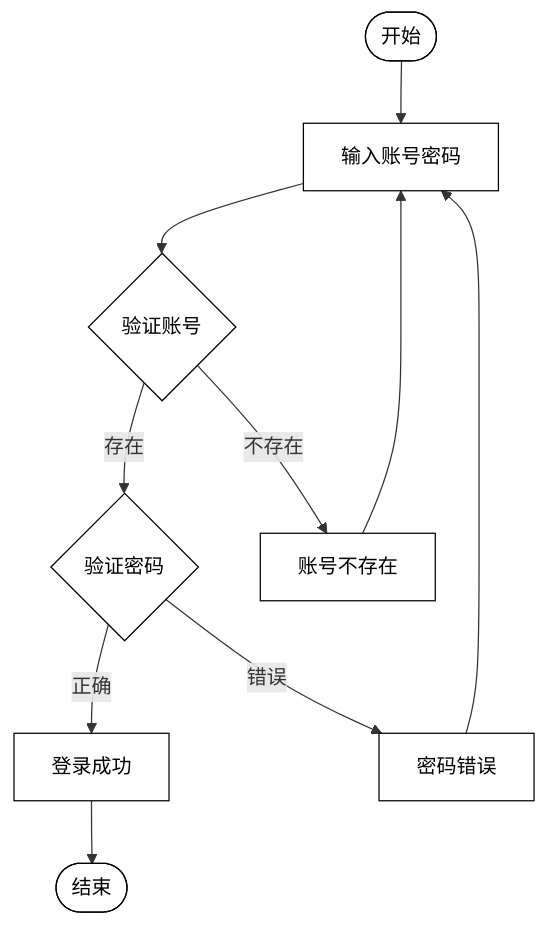
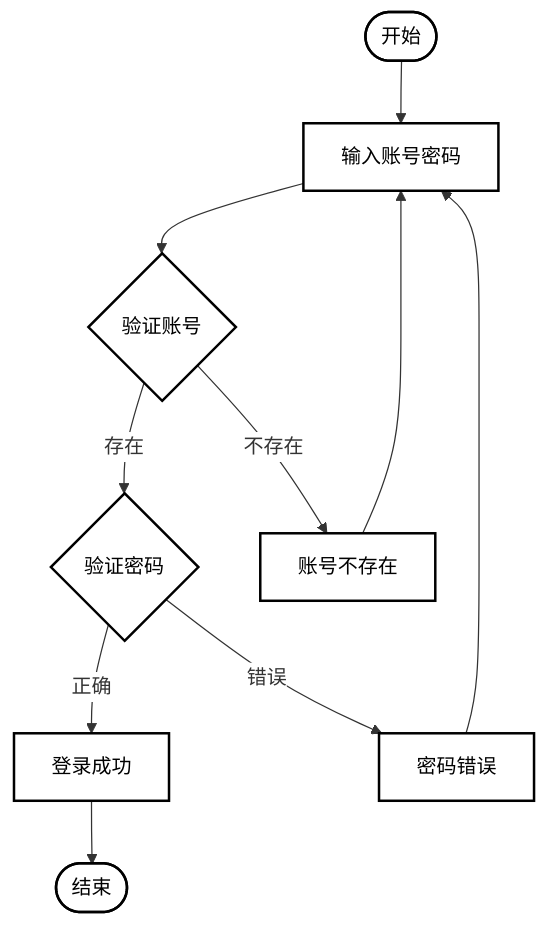
One commit to x-dc-coder/CC-Skills changed the fourth of 6 diagrams in diagram-flow/SKILL.md. Above: the diagram before and after it, drawn with Mermaid. The commit also changed other lines of this file, not shown here.

Commit message:
docs(diagram-flow): 更新流程图白底与线宽规范

````diff
--- a/diagram-flow/SKILL.md
+++ b/diagram-flow/SKILL.md
@@ -119,18 +121,19 @@
 ```mermaid
+%%{init: {'themeVariables': { 'edgeLabelBackground': '#ffffff'}}}%%
 flowchart TD
     %% 定义样式：白色背景，黑色边框
-    classDef default fill:#ffffff,stroke:#000000,stroke-width:1px,color:#000000
-    classDef diamond fill:#ffffff,stroke:#000000,stroke-width:1px,color:#000000
+    classDef default fill:#ffffff,stroke:#000000,stroke-width:2px,color:#000000
+    classDef diamond fill:#ffffff,stroke:#000000,stroke-width:2px,color:#000000
     
     start([开始]) --> input[输入账号密码]
     input --> check{验证账号}
     check -->|存在| check_pwd{验证密码}
     check -->|不存在| error1[账号不存在]
     check_pwd -->|正确| login[登录成功]
     check_pwd -->|错误| error2[密码错误]
     error1 --> input
     error2 --> input
     login --> end_node([结束])
     
     class check,check_pwd diamond
 ```
````
